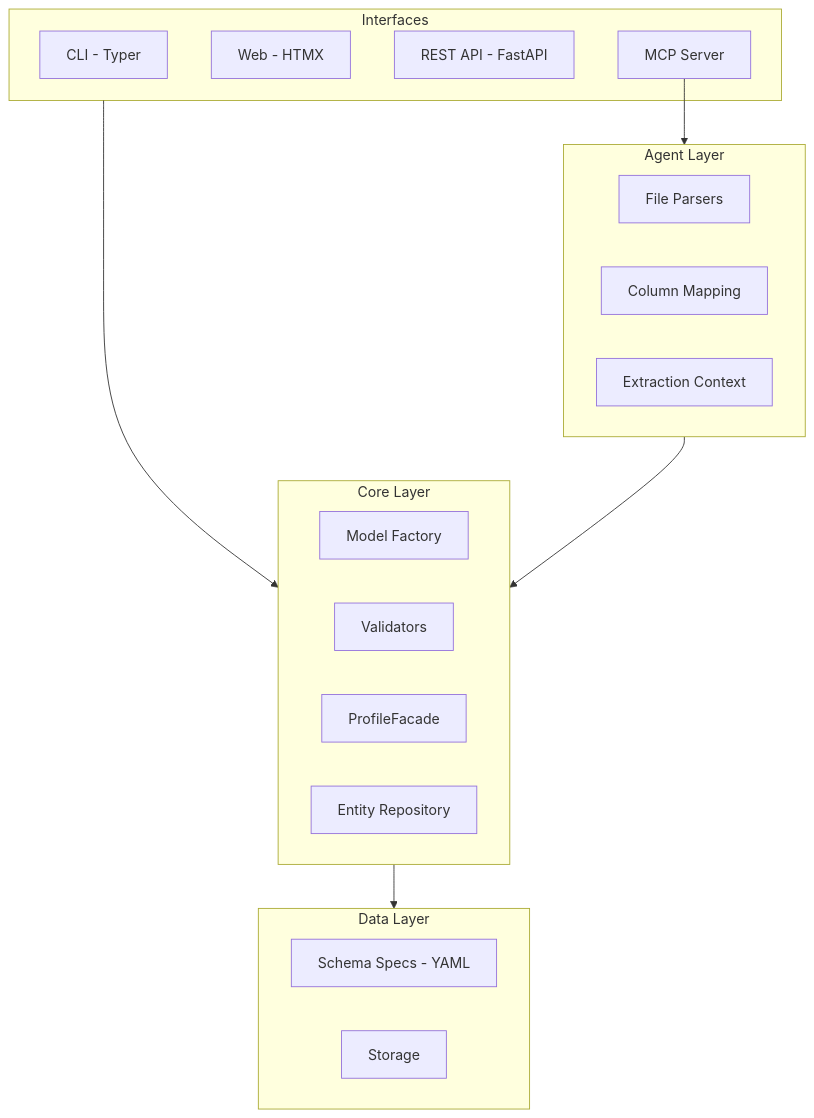
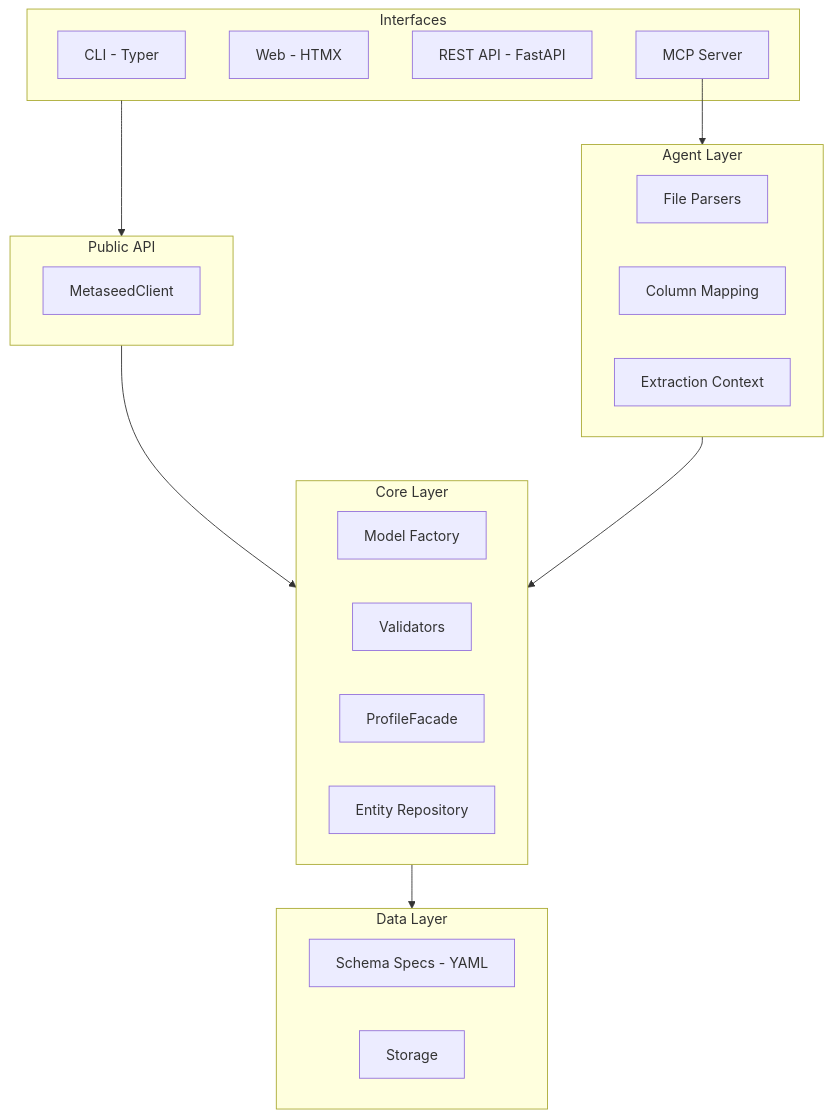
The diagram in docs/architecture/overview.md (sorenwacker/metaseed), drawn with Mermaid before and after one commit. The commit also changed other lines of this file and 12 other files, not shown here.

Commit message:
Add MetaseedClient public API with clean boundary

````diff
--- a/docs/architecture/overview.md
+++ b/docs/architecture/overview.md
@@ -5,32 +5,37 @@
 ```mermaid
 graph TB
     subgraph Interfaces
         CLI[CLI - Typer]
         Web[Web - HTMX]
         API[REST API - FastAPI]
         MCP[MCP Server]
+    end
+
+    subgraph PublicAPI["Public API"]
+        Client[MetaseedClient]
     end
 
     subgraph Core["Core Layer"]
         Factory[Model Factory]
         Validators
         Facade[ProfileFacade]
         Repos[Entity Repository]
     end
 
     subgraph Data["Data Layer"]
         Specs[Schema Specs - YAML]
         Storage
     end
 
     subgraph Agent["Agent Layer"]
         Parsers[File Parsers]
         Mapping[Column Mapping]
         Extract[Extraction Context]
     end
 
-    Interfaces --> Core
+    Interfaces --> PublicAPI
+    PublicAPI --> Core
     Core --> Data
     MCP --> Agent
     Agent --> Core
 ```
````
